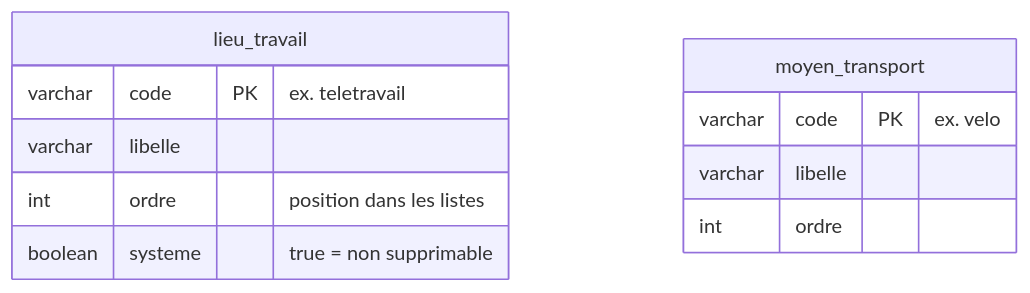
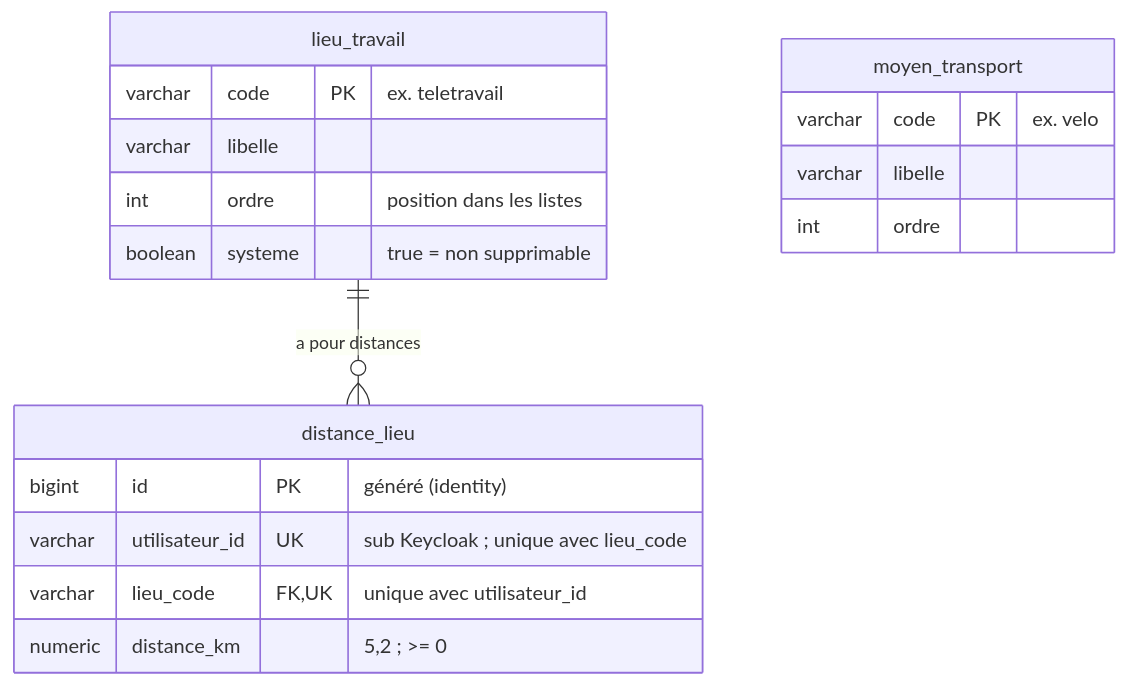
One commit to tadamiura-delia/prime-transport-api changed the third of 3 diagrams in docs/architecture.md. Above: the diagram before and after it, drawn with Mermaid. The commit also changed other lines of this file and 1 other file, not shown here.

Commit message:
ajout de la table distance_lieu

````diff
--- a/docs/architecture.md
+++ b/docs/architecture.md
@@ -82,15 +82,24 @@
 ```mermaid
 erDiagram
     lieu_travail {
         varchar code PK "ex. teletravail"
         varchar libelle
         int ordre "position dans les listes"
         boolean systeme "true = non supprimable"
     }
 
     moyen_transport {
         varchar code PK "ex. velo"
         varchar libelle
         int ordre
     }
+
+    distance_lieu {
+        bigint id PK "généré (identity)"
+        varchar utilisateur_id UK "sub Keycloak ; unique avec lieu_code"
+        varchar lieu_code FK,UK "unique avec utilisateur_id"
+        numeric distance_km "5,2 ; >= 0"
+    }
+
+    lieu_travail ||--o{ distance_lieu : "a pour distances"
 ```
````
